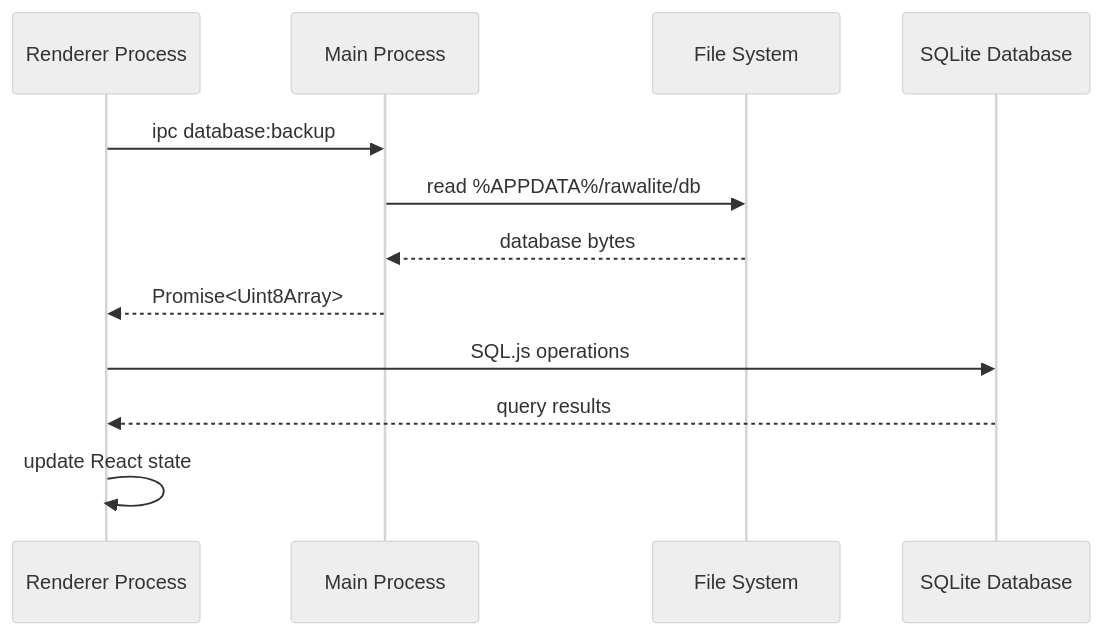
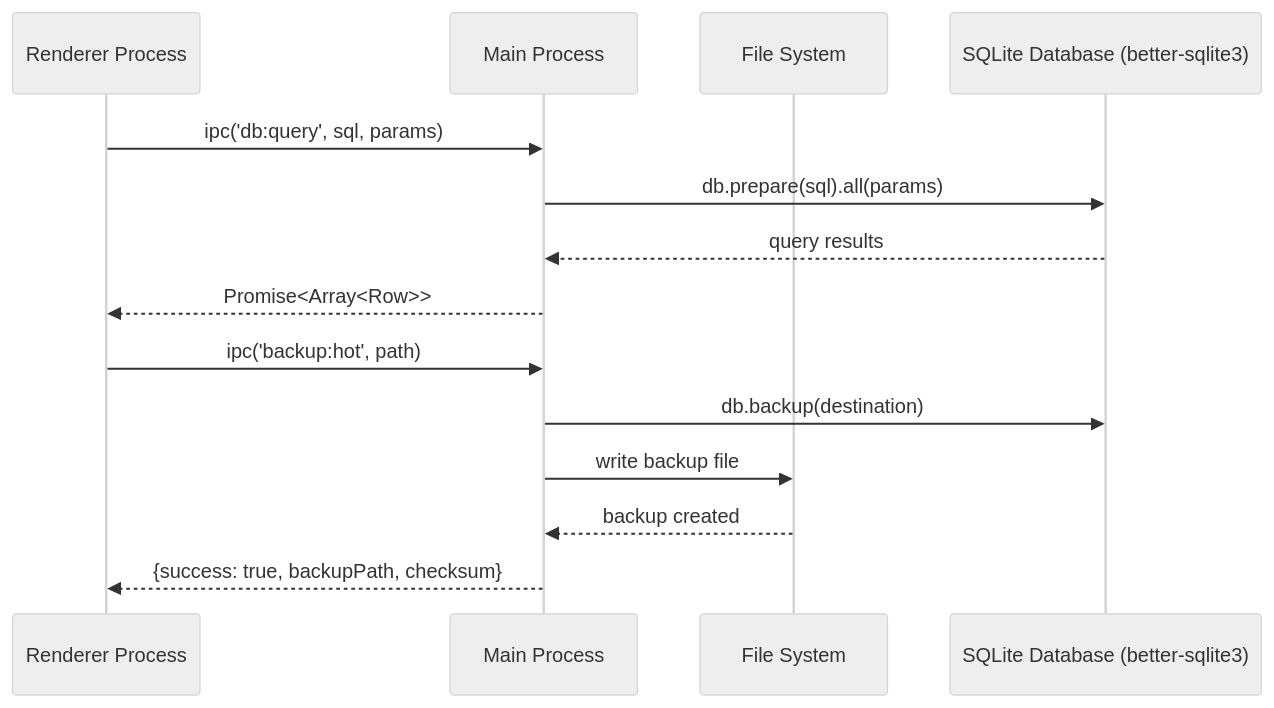
One commit to MonaFP/RawaLite changed the first of 2 diagrams in docs/10-architecture/ARCHITEKTUR.md. Above: the diagram before and after it, drawn with Mermaid (neutral theme). The commit also changed other lines of this file and 77 other files, not shown here.

First line of the commit message:
feat: Implement dual-layer camelCase↔snake_case mapping architecture

````diff
--- a/docs/10-architecture/ARCHITEKTUR.md
+++ b/docs/10-architecture/ARCHITEKTUR.md
@@ -13,16 +16,18 @@
 ```mermaid
 sequenceDiagram
     participant R as Renderer Process
     participant M as Main Process  
     participant FS as File System
-    participant DB as SQLite Database
+    participant DB as SQLite Database (better-sqlite3)
     
-    R->>M: ipc database:backup
-    M->>FS: read %APPDATA%/rawalite/db
-    FS-->>M: database bytes
-    M-->>R: Promise<Uint8Array>
+    R->>M: ipc('db:query', sql, params)
+    M->>DB: db.prepare(sql).all(params)
+    DB-->>M: query results
+    M-->>R: Promise<Array<Row>>
     
-    R->>DB: SQL.js operations
-    DB-->>R: query results
-    R->>R: update React state
+    R->>M: ipc('backup:hot', path)
+    M->>DB: db.backup(destination)
+    M->>FS: write backup file
+    FS-->>M: backup created
+    M-->>R: {success: true, backupPath, checksum}
 ```
````
